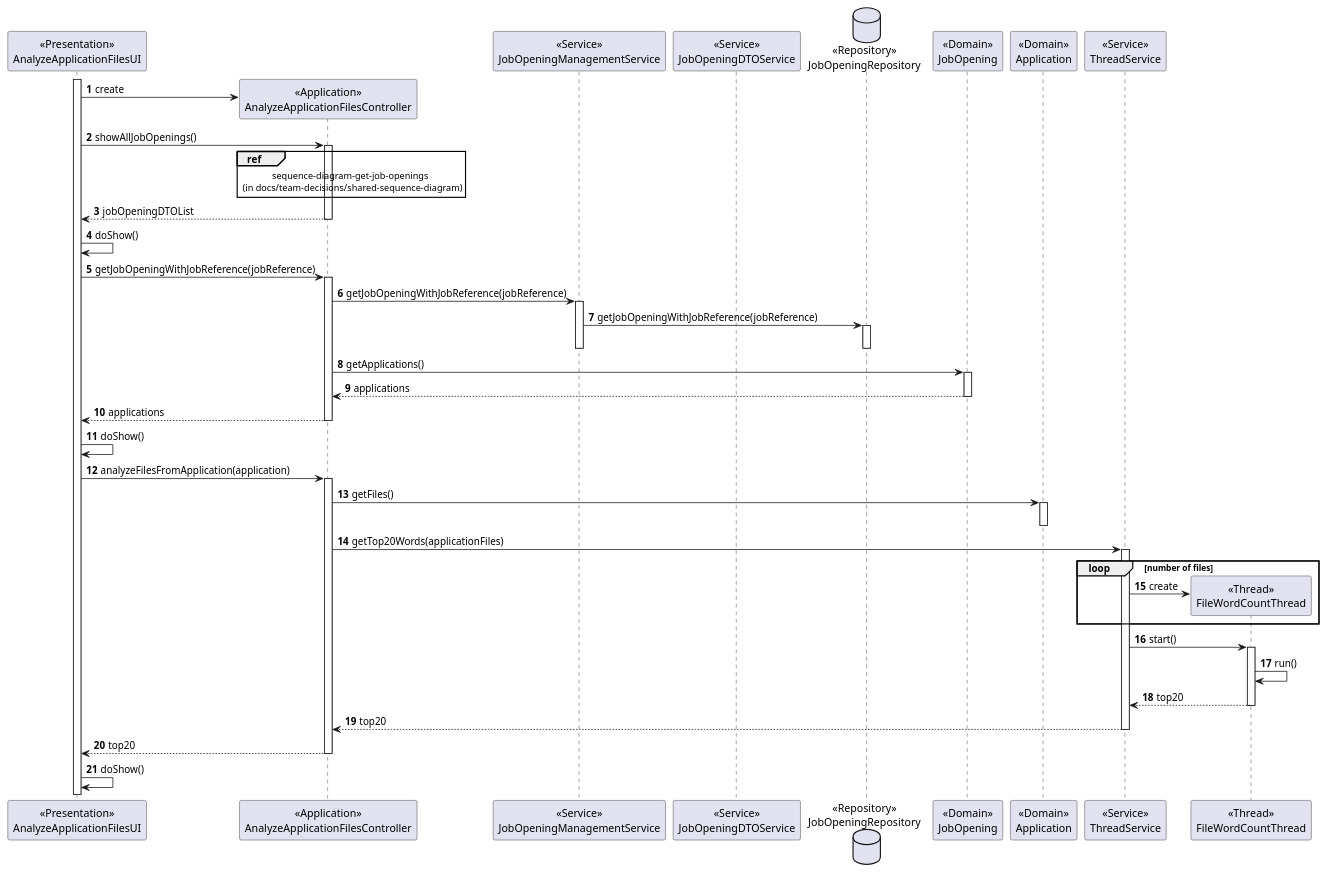
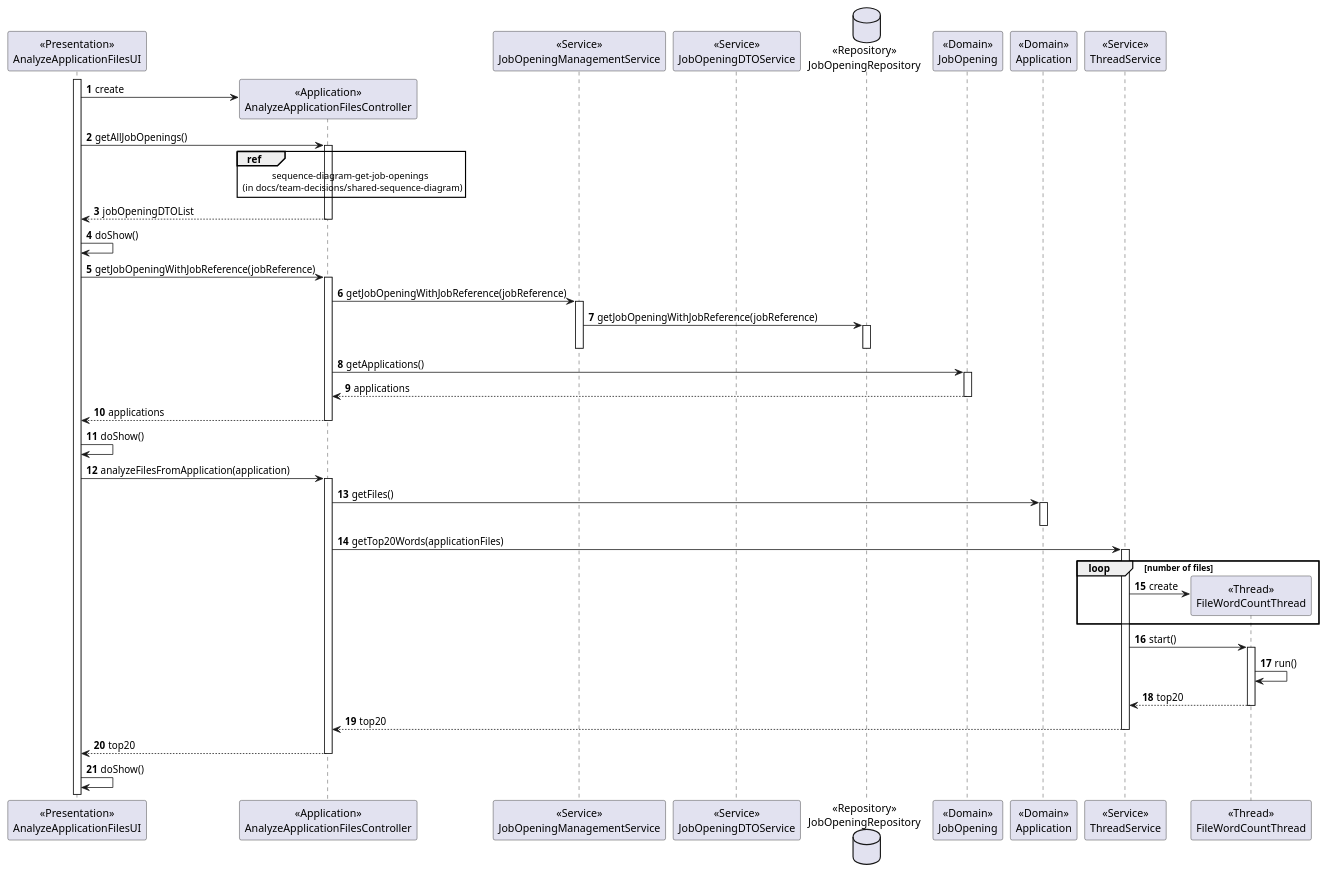
One commit to rita-barbosa/LAPR4-2324 changed the diagram in docs/sprint-c/us_4000/US4000_SD/US4000_Sequence_Diagram.puml. Above: the diagram before and after it, drawn with PlantUML. The commit also changed 1 other file, not shown here.

Commit message:
docs: Small update to the Sequence Diagram made.
[#139]

```diff
--- a/docs/sprint-c/us_4000/US4000_SD/US4000_Sequence_Diagram.puml
+++ b/docs/sprint-c/us_4000/US4000_SD/US4000_Sequence_Diagram.puml
@@ -1,102 +1,102 @@
 @startuml
 'https://plantuml.com/sequence-diagram
 
 autonumber
 Participant "<<Presentation>>\nAnalyzeApplicationFilesUI" as UI
 Participant "<<Application>>\nAnalyzeApplicationFilesController" as CTRL
 Participant "<<Service>>\nJobOpeningManagementService" as JOS
 Participant "<<Service>>\nJobOpeningDTOService" as JODTOS
 Database "<<Repository>>\nJobOpeningRepository" as JOREPO
 Participant "<<Domain>>\nJobOpening" as JO
 Participant "<<Domain>>\nApplication" as APP
 Participant "<<Service>>\nThreadService" as TS
 Participant "<<Thread>>\nFileWordCountThread" as FWCT
 
 
     Activate UI
 
         UI -> CTRL** : create
 
-        UI -> CTRL : showAllJobOpenings()
+        UI -> CTRL : getAllJobOpenings()
 
         Activate CTRL
 
         ref over CTRL : sequence-diagram-get-job-openings \n (in docs/team-decisions/shared-sequence-diagram)
 
         CTRL --> UI : jobOpeningDTOList
 
         Deactivate CTRL
 
         UI -> UI : doShow()
 
         UI -> CTRL : getJobOpeningWithJobReference(jobReference)
 
         Activate CTRL
 
             CTRL -> JOS : getJobOpeningWithJobReference(jobReference)
 
             Activate JOS
 
                 JOS -> JOREPO : getJobOpeningWithJobReference(jobReference)
 
                 Activate JOREPO
 
                 Deactivate JOREPO
 
             Deactivate JOS
 
             CTRL -> JO : getApplications()
 
             Activate JO
 
                 JO --> CTRL : applications
 
             Deactivate JO
 
             CTRL --> UI : applications
 
         Deactivate CTRL
 
         UI -> UI : doShow()
 
         UI -> CTRL : analyzeFilesFromApplication(application)
 
         Activate CTRL
 
             CTRL -> APP : getFiles()
 
             Activate APP
 
             Deactivate APP
 
             CTRL -> TS : getTop20Words(applicationFiles)
 
             Activate TS
 
                 loop number of files
 
                     TS -> FWCT** : create
 
                 end
 
                 TS -> FWCT : start()
 
                 Activate FWCT
 
                     FWCT -> FWCT : run()
 
                     FWCT --> TS : top20
 
                 Deactivate FWCT
 
                 TS --> CTRL : top20
 
             Deactivate TS
 
             CTRL --> UI : top20
 
         Deactivate CTRL
 
         UI -> UI : doShow()
 
 @enduml
```
